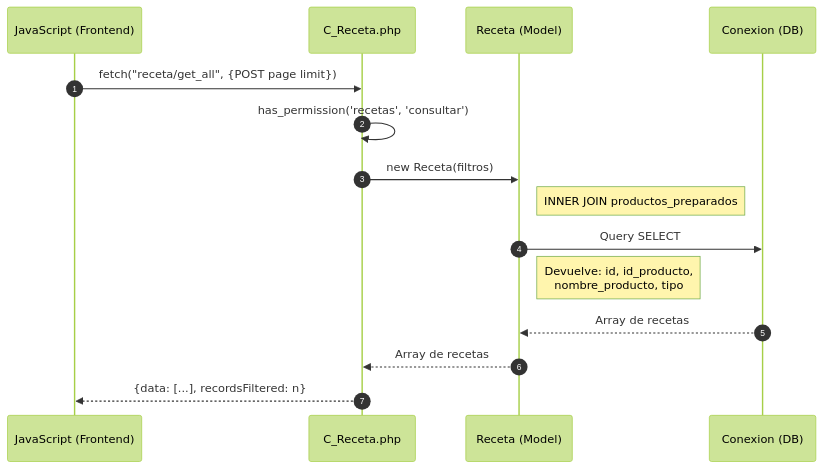
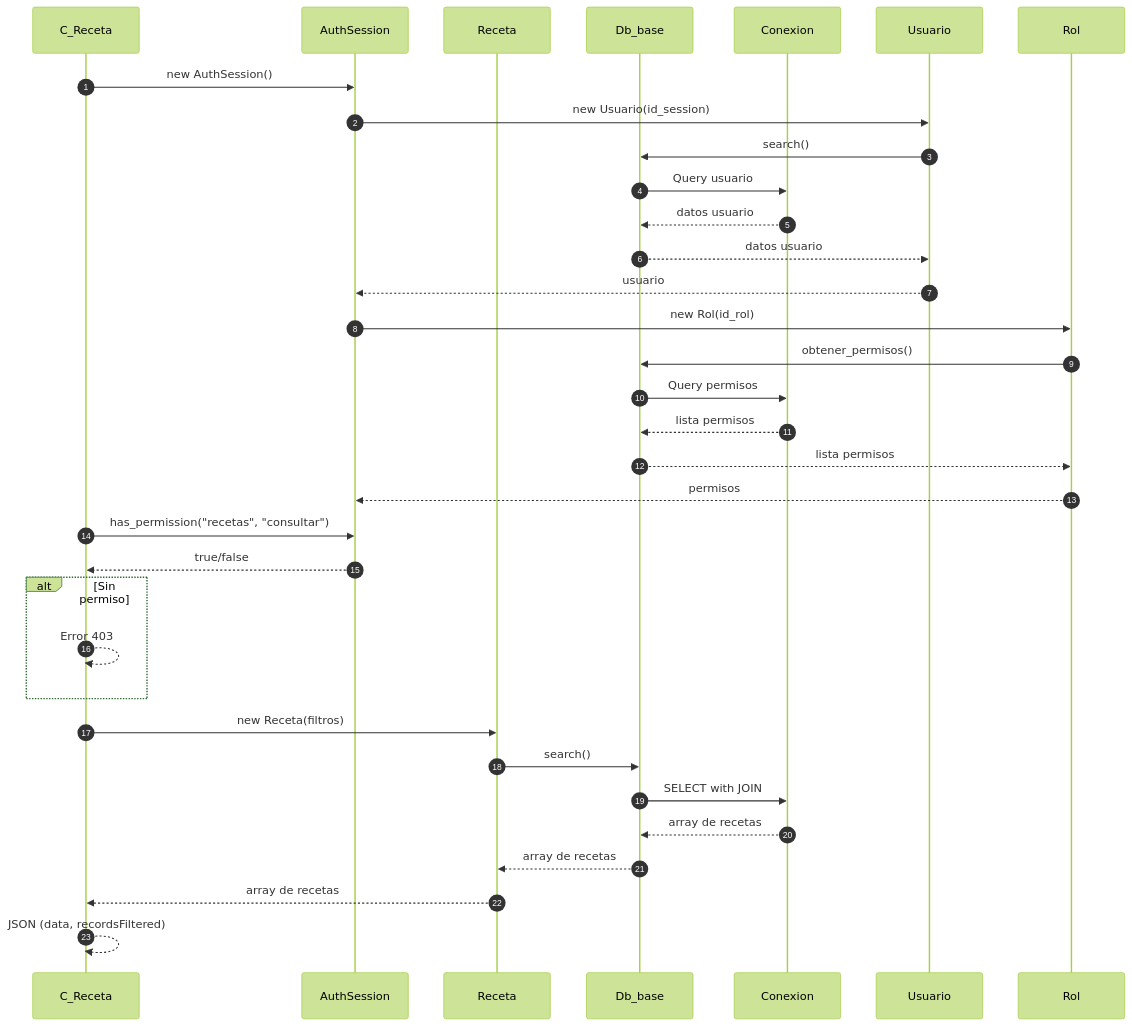
Before and after one commit to Tecrato/BurgerHouse: the second of 5 diagrams in docs/secuencia/recetas/recetas.md, drawn with Mermaid (forest theme). The commit also changed other lines of this file and 13 other files, not shown here.

First line of the commit message:
diagramas actualizaos

````diff
--- a/docs/secuencia/recetas/recetas.md
+++ b/docs/secuencia/recetas/recetas.md
@@ -39,22 +60,40 @@
 ```mermaid
 sequenceDiagram
     autonumber
-    participant JS as JavaScript (Frontend)
-    participant C_Receta as C_Receta.php
-    participant Receta as Receta (Model)
-    participant DB as Conexion (DB)
+    participant C_Receta as C_Receta
+    participant AuthSession as AuthSession
+    participant Receta as Receta
+    participant Db_base as Db_base
+    participant Conexion as Conexion
     
-    JS->>C_Receta: fetch("receta/get_all", {POST page limit})
+    C_Receta->>AuthSession: new AuthSession()
+    AuthSession->>Usuario: new Usuario(id_session)
+    Usuario->>Db_base: search()
+    Db_base->>Conexion: Query usuario
+    Conexion-->>Db_base: datos usuario
+    Db_base-->>Usuario: datos usuario
+    Usuario-->>AuthSession: usuario
     
-    C_Receta->>C_Receta: has_permission('recetas', 'consultar')
+    AuthSession->>Rol: new Rol(id_rol)
+    Rol->>Db_base: obtener_permisos()
+    Db_base->>Conexion: Query permisos
+    Conexion-->>Db_base: lista permisos
+    Db_base-->>Rol: lista permisos
+    Rol-->>AuthSession: permisos
+    
+    C_Receta->>AuthSession: has_permission("recetas", "consultar")
+    AuthSession-->>C_Receta: true/false
+    
+    alt Sin permiso
+        C_Receta-->>C_Receta: Error 403
+    end
     
     C_Receta->>Receta: new Receta(filtros)
+    Receta->>Db_base: search()
+    Db_base->>Conexion: SELECT with JOIN
+    Conexion-->>Db_base: array de recetas
+    Db_base-->>Receta: array de recetas
+    Receta-->>C_Receta: array de recetas
     
-    Note right of Receta: INNER JOIN productos_preparados
-    Receta->>DB: Query SELECT
-    Note right of Receta: Devuelve: id, id_producto,<br/>nombre_producto, tipo
-    DB-->>Receta: Array de recetas
-    Receta-->>C_Receta: Array de recetas
-    
-    C_Receta-->>JS: {data: [...], recordsFiltered: n}
+    C_Receta-->>C_Receta: JSON (data, recordsFiltered)
 ```
````
